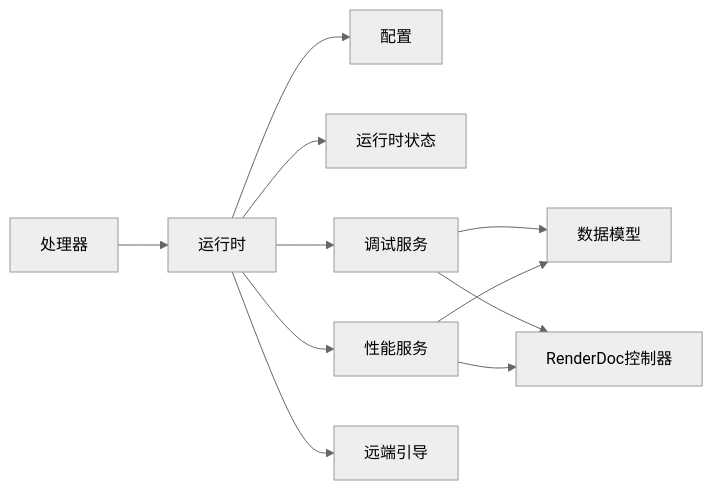
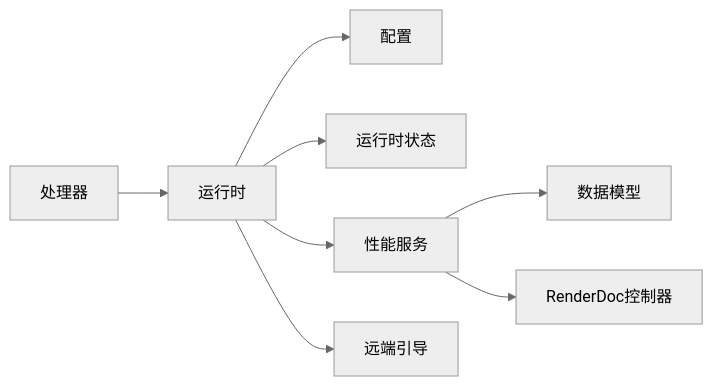
Before and after one commit to haolange/RDC-Tool: the fifth of 5 diagrams in .qoder/repowiki/zh/content/高级主题/监控与调试.md, drawn with Mermaid (neutral theme). The commit also changed other lines of this file and 79 other files, not shown here.

````diff
--- a/.qoder/repowiki/zh/content/高级主题/监控与调试.md
+++ b/.qoder/repowiki/zh/content/高级主题/监控与调试.md
@@ -337,13 +357,10 @@
 ```mermaid
 graph LR
 Handlers["处理器"] --> Runtime["运行时"]
 Runtime --> Config["配置"]
 Runtime --> State["运行时状态"]
-Runtime --> DebugSvc["调试服务"]
 Runtime --> PerfSvc["性能服务"]
-DebugSvc --> Models["数据模型"]
-PerfSvc --> Models
-DebugSvc --> RD["RenderDoc控制器"]
-PerfSvc --> RD
+PerfSvc --> Models["数据模型"]
+PerfSvc --> RD["RenderDoc控制器"]
 Runtime --> Remote["远端引导"]
 ```
````
